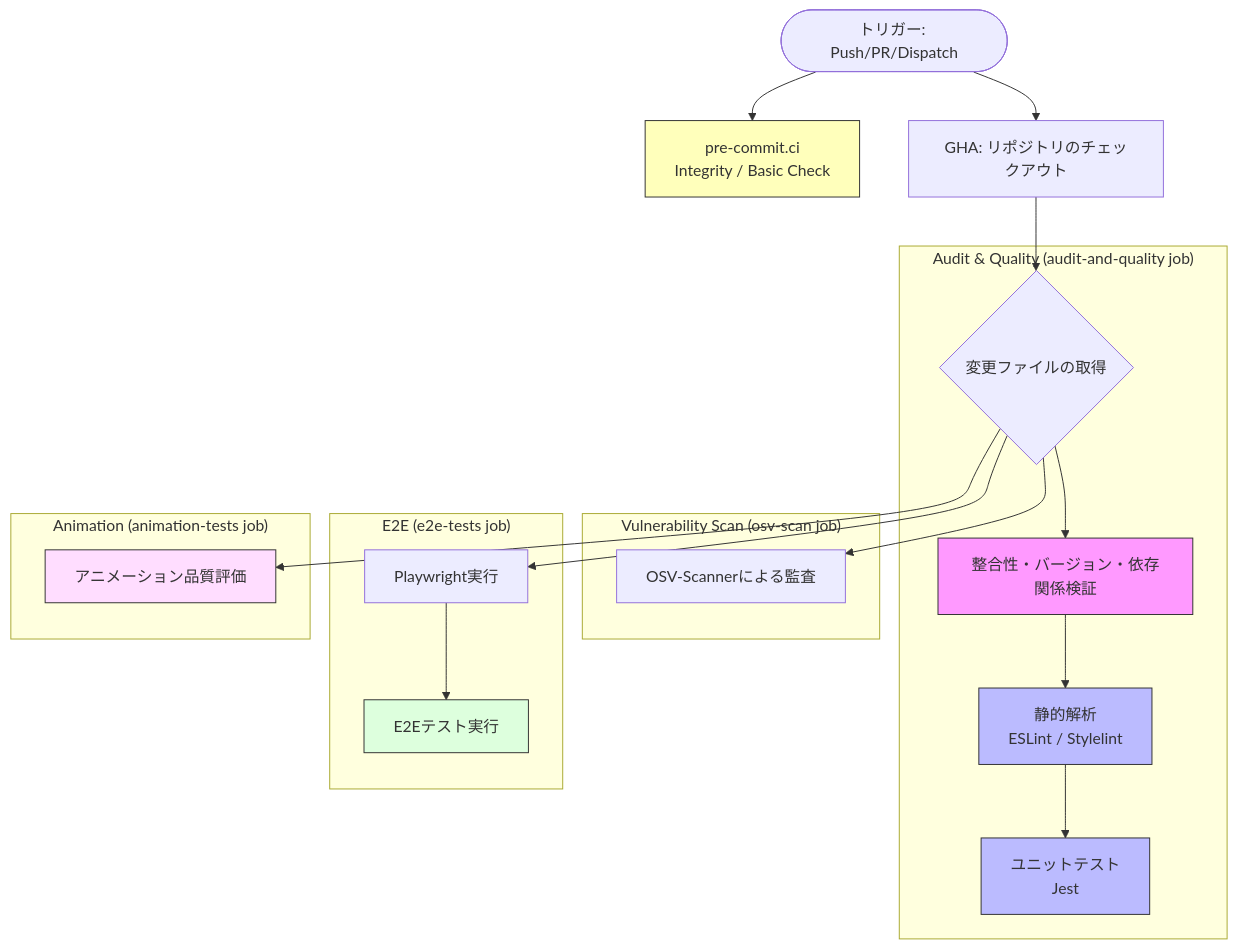
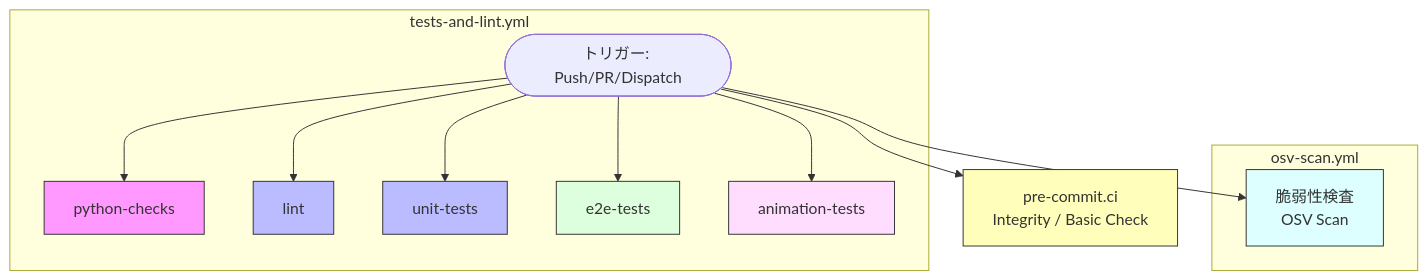
Before and after one commit to masanori-satake/QuickLog-Solo: the first of 2 diagrams in docs/README_ACTIONS.md, drawn with Mermaid. The commit also changed other lines of this file and 1 other file, not shown here.

Commit message:
refactor: READMEを更新し、CIワークフローの名称と内容を明確化

````diff
--- a/docs/README_ACTIONS.md
+++ b/docs/README_ACTIONS.md
@@ -92,33 +93,25 @@
 ```mermaid
 graph TD
     Start([トリガー: Push/PR/Dispatch])
     Start --> PreCommit[pre-commit.ci<br/>Integrity / Basic Check]
-    Start --> Checkout[GHA: リポジトリのチェックアウト]
-    Checkout --> GetChanged{変更ファイルの取得}
 
-    subgraph "Audit & Quality (audit-and-quality job)"
-        GetChanged --> CleanCheck[整合性・バージョン・依存関係検証]
-        CleanCheck --> Lint[静的解析<br/>ESLint / Stylelint]
-        Lint --> UnitTests[ユニットテスト<br/>Jest]
+    subgraph "tests-and-lint.yml"
+        Start --> Job1[python-checks]
+        Start --> Job2[lint]
+        Start --> Job3[unit-tests]
+        Start --> Job4[e2e-tests]
+        Start --> Job5[animation-tests]
     end
 
-    subgraph "Vulnerability Scan (osv-scan job)"
-        GetChanged --> OSVScan[OSV-Scannerによる監査]
+    subgraph "osv-scan.yml"
+        Start --> OSVScan[脆弱性検査<br/>OSV Scan]
     end
 
-    subgraph "E2E (e2e-tests job)"
-        GetChanged --> Playwright[Playwright実行]
-        Playwright --> RunE2E[E2Eテスト実行]
-    end
-
-    subgraph "Animation (animation-tests job)"
-        GetChanged --> AnimEval[アニメーション品質評価]
-    end
-
-    style CleanCheck fill:#f9f,stroke:#333
+    style Job1 fill:#f9f,stroke:#333
+    style Job2 fill:#bbf,stroke:#333
+    style Job3 fill:#bbf,stroke:#333
+    style Job4 fill:#dfd,stroke:#333
+    style Job5 fill:#fdf,stroke:#333
     style PreCommit fill:#ffb,stroke:#333
-    style Lint fill:#bbf,stroke:#333
-    style UnitTests fill:#bbf,stroke:#333
-    style RunE2E fill:#dfd,stroke:#333
-    style AnimEval fill:#fdf,stroke:#333
+    style OSVScan fill:#dff,stroke:#333
 ```
````
